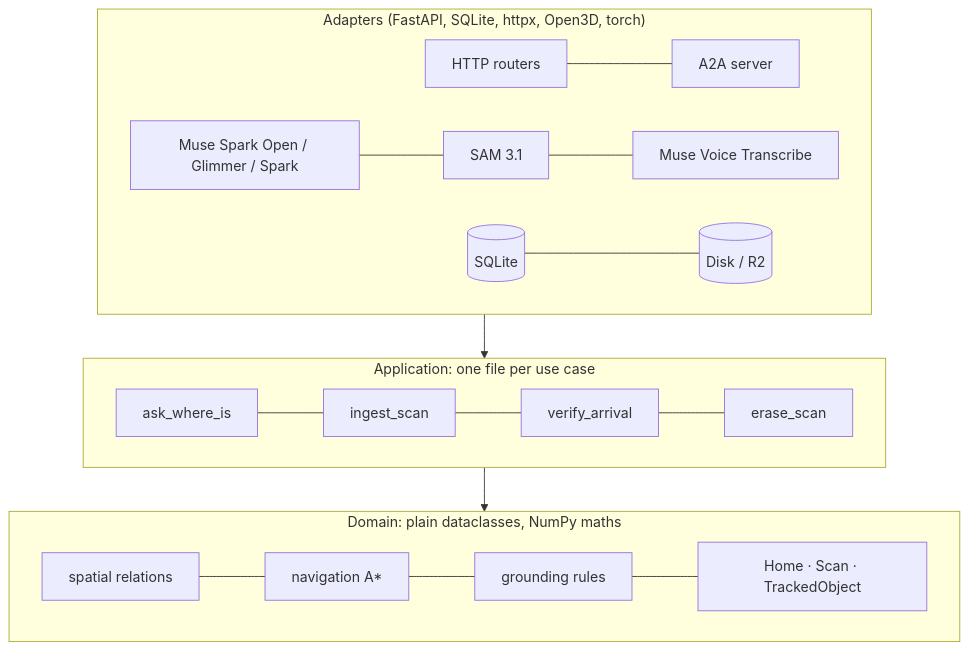
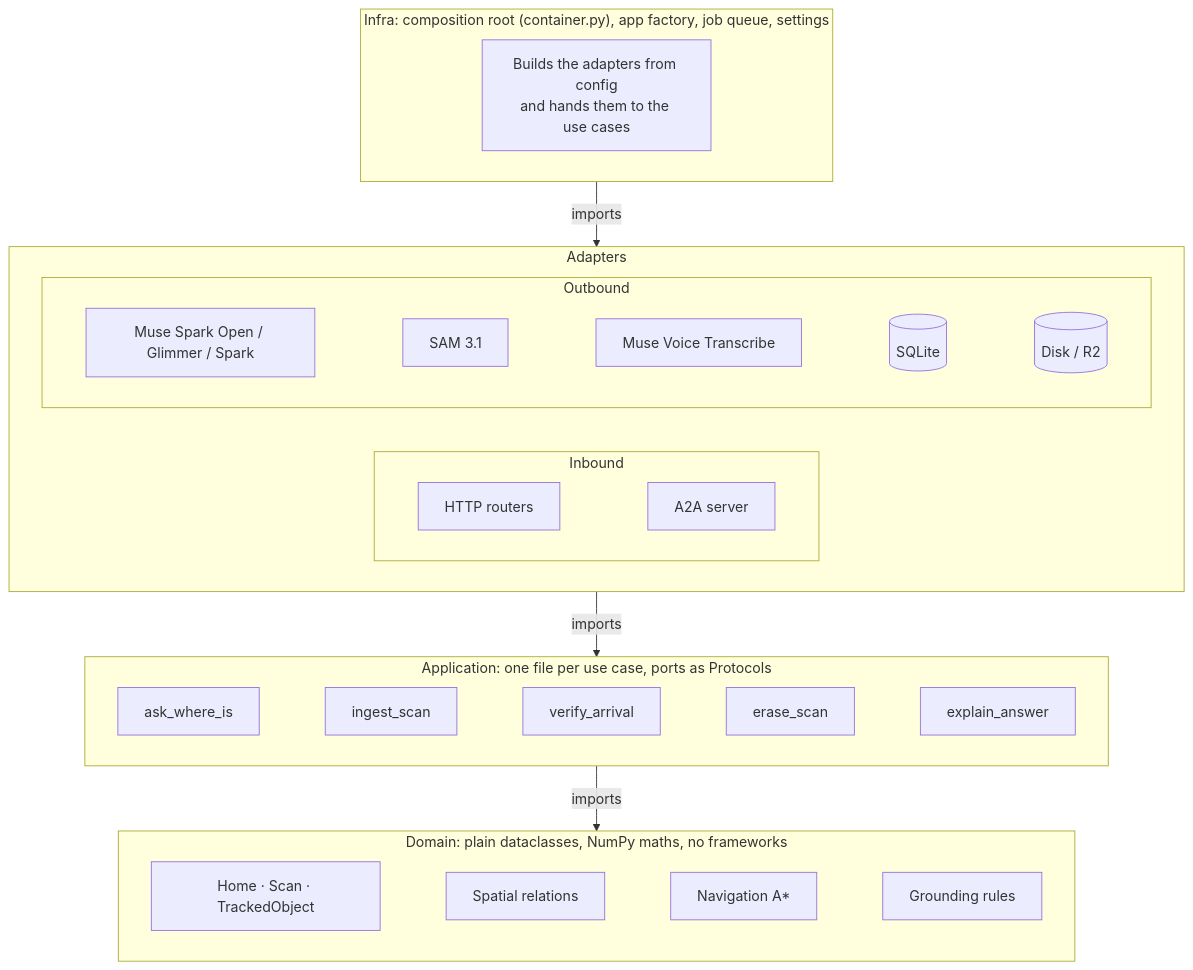
One commit to coder-RT/recall changed the diagram in docs/diagrams/hexagon.mmd. Above: the diagram before and after it, drawn with Mermaid. The commit also changed 8 other files, not shown here.

First line of the commit message:
docs: diagrams corrected against the code

```diff
--- a/docs/diagrams/hexagon.mmd
+++ b/docs/diagrams/hexagon.mmd
@@ -1,13 +1,27 @@
 flowchart TB
-  subgraph adapters["Adapters (FastAPI, SQLite, httpx, Open3D, torch)"]
-    http[HTTP routers] --- a2aa[A2A server]
-    llm[Muse Spark Open / Glimmer / Spark] --- sam[SAM 3.1] --- voice[Muse Voice Transcribe]
-    sqlite[(SQLite)] --- disk[(Disk / R2)]
+  subgraph infra["Infra: composition root (container.py), app factory, job queue, settings"]
+    direction LR
+    i1["Builds the adapters from config<br/>and hands them to the use cases"]
   end
-  subgraph application["Application: one file per use case"]
-    ask[ask_where_is] --- ingest[ingest_scan] --- verify[verify_arrival] --- erase[erase_scan]
+  subgraph adapters["Adapters"]
+    direction LR
+    subgraph inbound["Inbound"]
+      direction LR
+      http["HTTP routers"] ~~~ a2aa["A2A server"]
+    end
+    subgraph outbound["Outbound"]
+      direction LR
+      llm["Muse Spark Open / Glimmer / Spark"] ~~~ sam["SAM 3.1"] ~~~ voice["Muse Voice Transcribe"] ~~~ sqlite[("SQLite")] ~~~ disk[("Disk / R2")]
+    end
   end
-  subgraph domain["Domain: plain dataclasses, NumPy maths"]
-    spatial[spatial relations] --- nav[navigation A*] --- ground[grounding rules] --- mem[Home · Scan · TrackedObject]
+  subgraph application["Application: one file per use case, ports as Protocols"]
+    direction LR
+    ask["ask_where_is"] ~~~ ingest["ingest_scan"] ~~~ verify["verify_arrival"] ~~~ erase["erase_scan"] ~~~ explain["explain_answer"]
   end
-  adapters --> application --> domain
+  subgraph domain["Domain: plain dataclasses, NumPy maths, no frameworks"]
+    direction LR
+    mem["Home · Scan · TrackedObject"] ~~~ spatial["Spatial relations"] ~~~ nav["Navigation A*"] ~~~ ground["Grounding rules"]
+  end
+  infra -- "imports" --> adapters
+  adapters -- "imports" --> application
+  application -- "imports" --> domain
```
